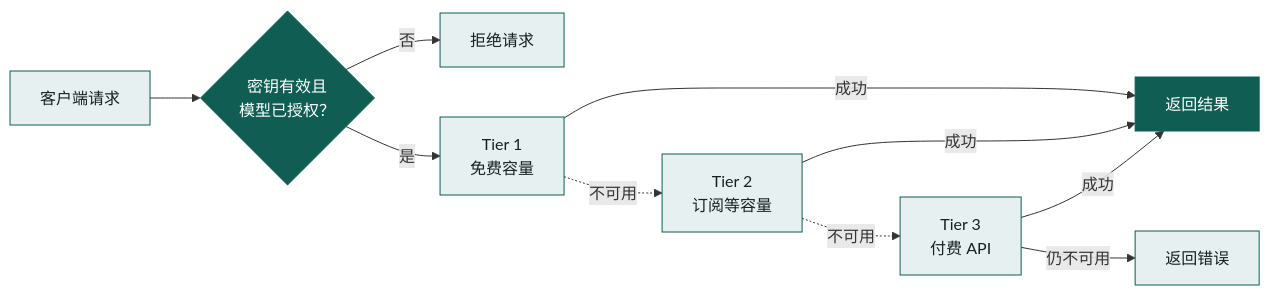
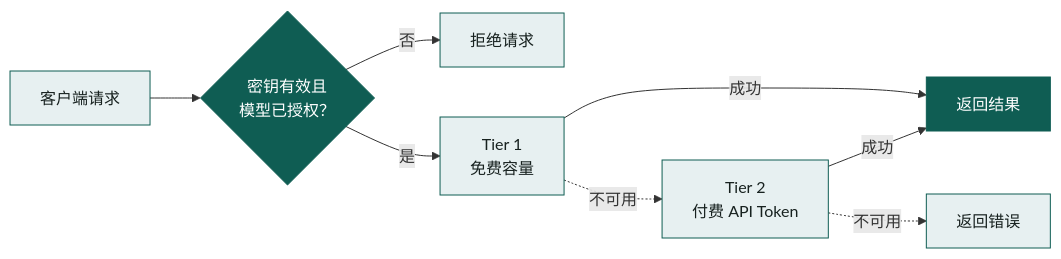
Before and after one commit to fongap-labs/ai-gateway: the diagram in README.md, drawn with Mermaid. The commit also changed other lines of this file and 83 other files, not shown here.

Commit message:
feat(gateway): migrate routing to free and API Token tiers (#312)

```diff
--- a/README.md
+++ b/README.md
@@ -32,16 +31,14 @@
 ~~~mermaid
 flowchart LR
     A["客户端请求"] --> B{"密钥有效且<br/>模型已授权？"}
     B -- 否 --> X["拒绝请求"]
     B -- 是 --> C["Tier 1<br/>免费容量"]
     C -- 成功 --> F["返回结果"]
-    C -. 不可用 .-> D["Tier 2<br/>订阅等容量"]
+    C -. 不可用 .-> D["Tier 2<br/>付费 API Token"]
     D -- 成功 --> F
-    D -. 不可用 .-> E["Tier 3<br/>付费 API"]
-    E -- 成功 --> F
-    E -- 仍不可用 --> G["返回错误"]
+    D -. 不可用 .-> G["返回错误"]
     classDef primary fill:#0f5d53,stroke:#0f5d53,color:#ffffff
     classDef neutral fill:#e7f0f1,stroke:#0f5d53,color:#17211f
     class B,F primary
-    class A,C,D,E,X,G neutral
+    class A,C,D,X,G neutral
 ~~~
```
